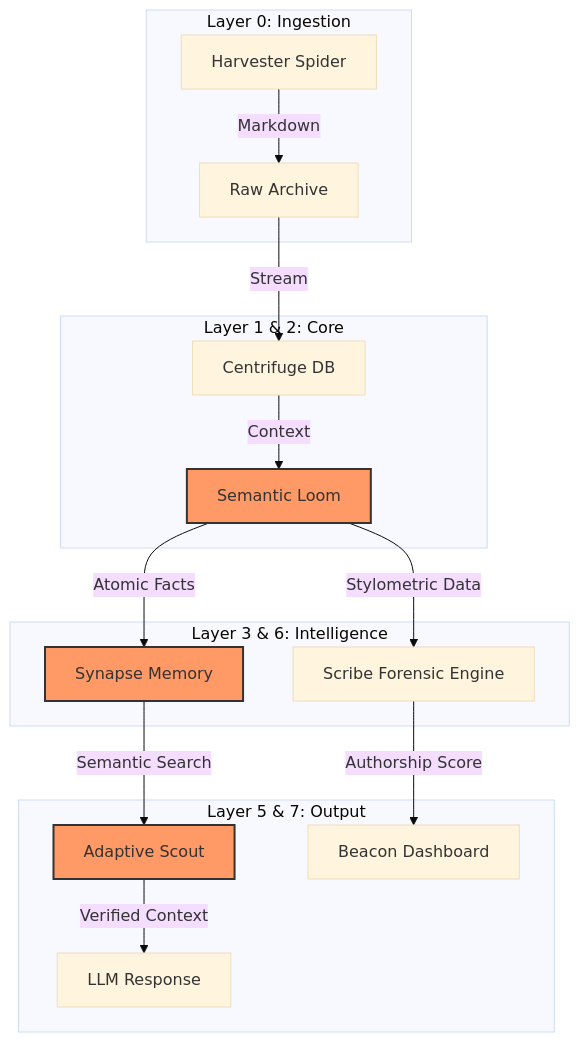
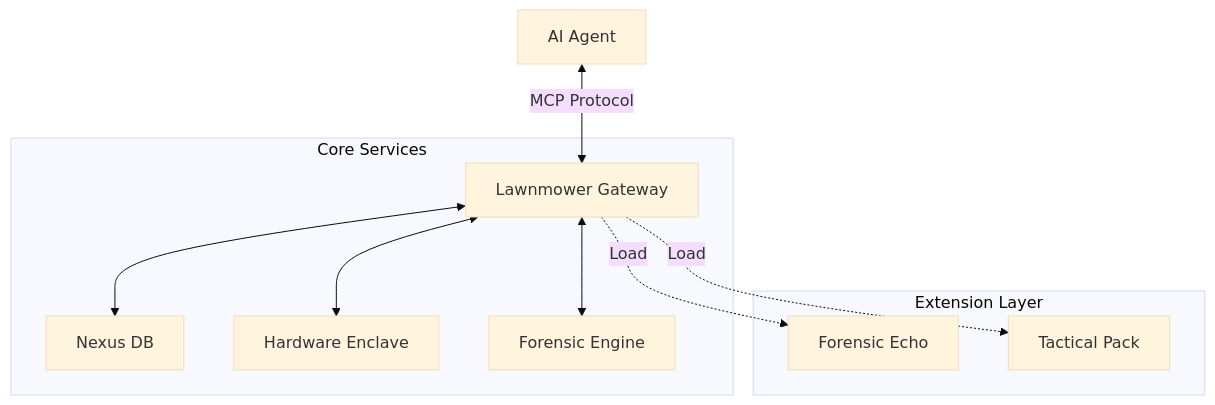
The diagram in README.md (SpectreDeath/Semantic-Memory-Engine), drawn with Mermaid (base theme) before and after one commit. The commit also changed other lines of this file, not shown here.

Commit message:
Docs: Update README for v1.1.1 architecture

````diff
--- a/README.md
+++ b/README.md
@@ -61,25 +26,15 @@
 ```mermaid
 graph TD
-    subgraph Layer0 [Layer 0: Ingestion]
-        A[Harvester Spider] -->|Markdown| B[Raw Archive]
+    Client[AI Agent] <-->|MCP Protocol| Gateway[Lawnmower Gateway]
+    
+    subgraph Core [Core Services]
+        Gateway <--> Nexus[Nexus DB]
+        Gateway <--> TPM[Hardware Enclave]
+        Gateway <--> Scribe[Forensic Engine]
     end
-
-    subgraph Layer1_2 [Layer 1 & 2: Core]
-        B -->|Stream| C[Centrifuge DB]
-        C -->|Context| D[Semantic Loom]
+    
+    subgraph Extensions [Extension Layer]
+        Gateway -.->|Load| Plugin1[Forensic Echo]
+        Gateway -.->|Load| Plugin2[Tactical Pack]
     end
-
-    subgraph Layer3_6 [Layer 3 & 6: Intelligence]
-        D -->|Atomic Facts| E[Synapse Memory]
-        D -->|Stylometric Data| F[Scribe Forensic Engine]
-    end
-
-    subgraph Layer5_7 [Layer 5 & 7: Output]
-        E -->|Semantic Search| G[Adaptive Scout]
-        F -->|Authorship Score| H[Beacon Dashboard]
-        G -->|Verified Context| I[LLM Response]
-    end
-
-    classDef hardware fill:#f96,stroke:#333,stroke-width:2px;
-    class D,E,G hardware;
 ```
````
